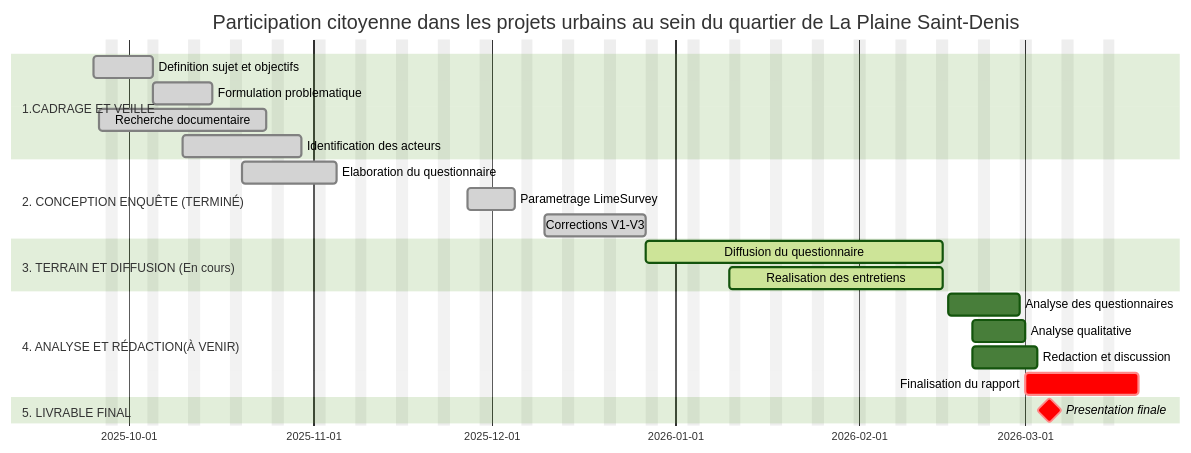
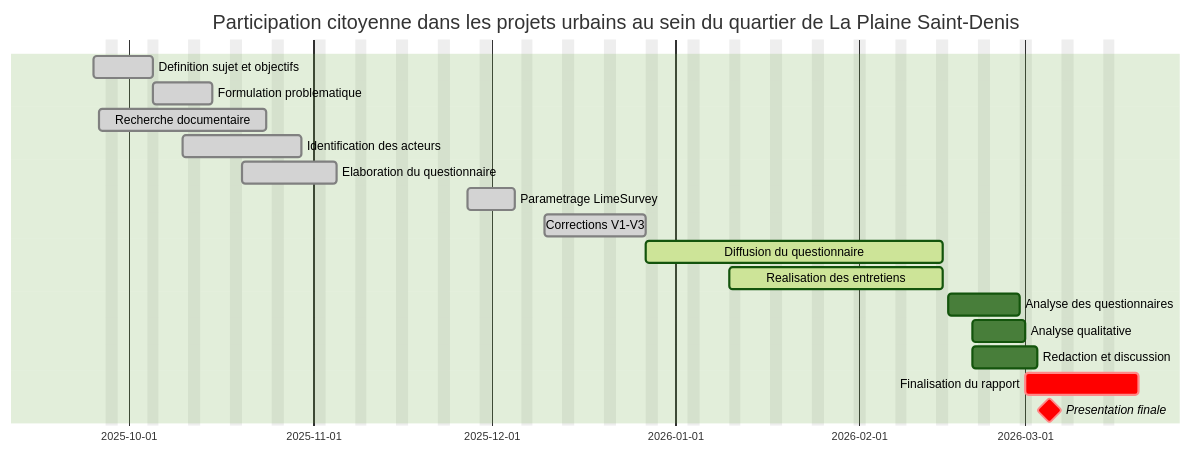
Before and after one commit to kahiarchi/LeBatiment_PlaineSaintDenis: the diagram in etatAvancement.md, drawn with Mermaid (forest theme).

Commit message:
Remove section headers in etatAvancement.md

````diff
--- a/etatAvancement.md
+++ b/etatAvancement.md
@@ -1,30 +1,30 @@
 ```mermaid
 gantt
     dateFormat  YYYY-MM-DD
     title Participation citoyenne dans les projets urbains au sein du quartier de La Plaine Saint-Denis
     excludes weekends
 
-    section 1.CADRAGE ET VEILLE
+    
     Definition sujet et objectifs    :done, t1, 2025-09-25, 2025-10-05
     Formulation problematique        :done, t2, 2025-10-05, 2025-10-15
     Recherche documentaire           :done, t3, 2025-09-26, 2025-10-24
     Identification des acteurs       :done, t6, 2025-10-10, 2025-10-30
 
-    section 2. CONCEPTION ENQUÊTE (TERMINÉ)
+    
     Elaboration du questionnaire     :done, t7, 2025-10-20, 2025-11-05
     Parametrage LimeSurvey           :done, t8, 2025-11-27, 2025-12-05
     Corrections V1-V3                :done, t9, 2025-12-10, 2025-12-27
 
-    section 3. TERRAIN ET DIFFUSION (En cours)
+    
     Diffusion du questionnaire       :active, t12, 2025-12-27, 2026-02-15
     Realisation des entretiens       :active, t15, 2026-01-10, 2026-02-15
 
-    section 4. ANALYSE ET RÉDACTION(À VENIR)
+   
     Analyse des questionnaires       :t16, 2026-02-16, 2026-02-28
     Analyse qualitative              :t17, 2026-02-20, 2026-03-01
     Redaction et discussion          :t18, 2026-02-20, 2026-03-03
     Finalisation du rapport          :crit, t19, 2026-03-01, 2026-03-20
 
-    section 5. LIVRABLE FINAL
+    
     Presentation finale              :crit, milestone, 2026-03-05, 0d
 ```
````
